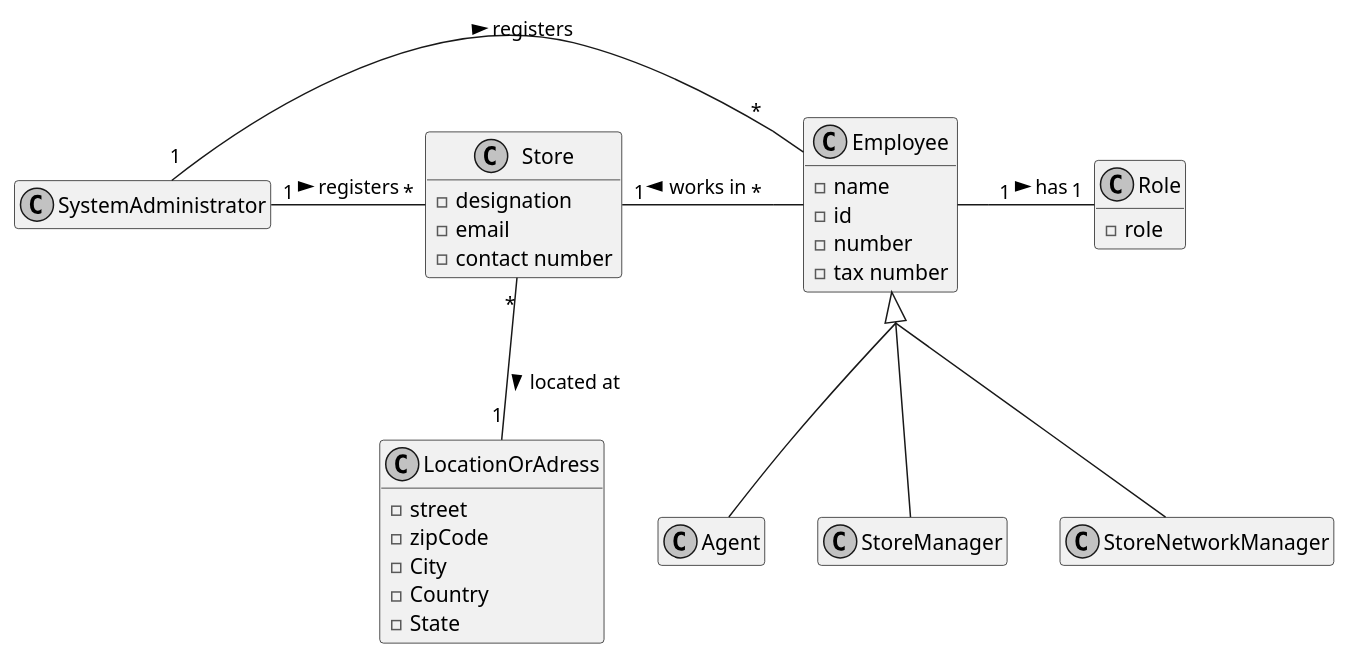
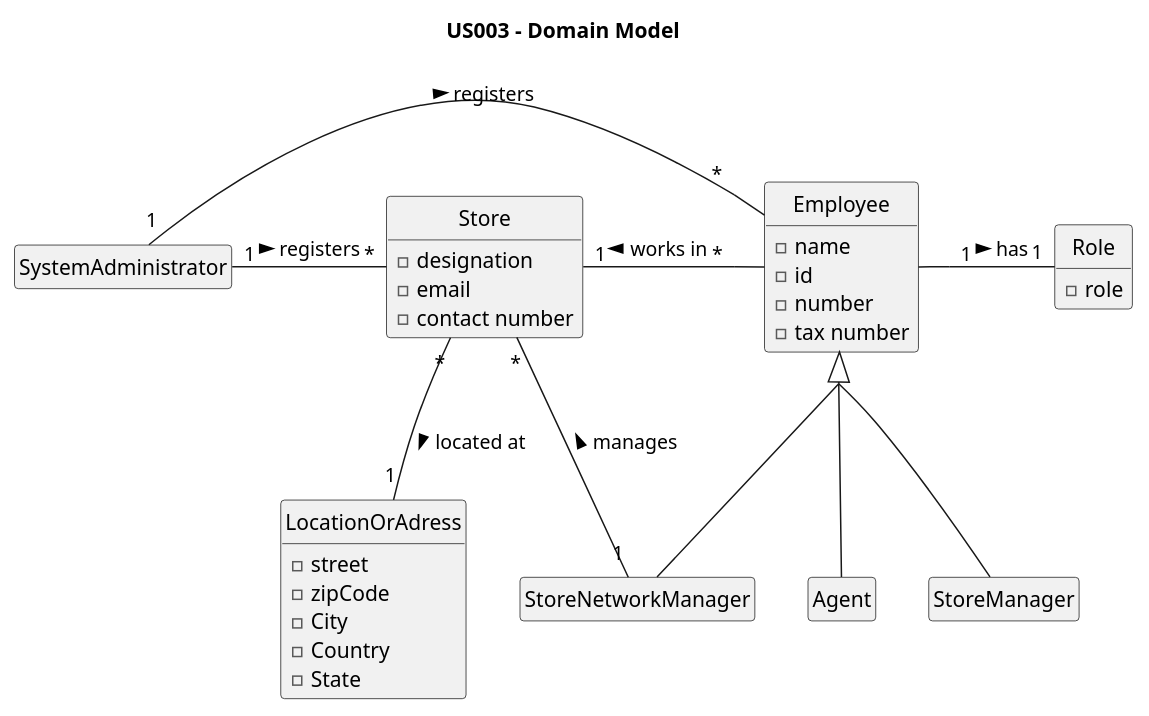
The diagram in docs/sprintA/US03/02.analysis/puml/us03-domain-model.puml (PureNimble/ISEP-LAPR2), drawn with PlantUML before and after one commit. The commit also changed 3 other files, not shown here.

Commit message:
Update SSD US03.puml 01.requirements-engineering Update domain model US03.puml 02.analysis Update Readme.md of the 01.requirements-engineering and 02.analysis

```diff
--- a/docs/sprintA/US03/02.analysis/puml/us03-domain-model.puml
+++ b/docs/sprintA/US03/02.analysis/puml/us03-domain-model.puml
@@ -1,74 +1,77 @@
 @startuml
 'https://plantuml.com/class-diagram
+
+title US003 - Domain Model
 
 skinparam monochrome true
 skinparam packageStyle rectangle
 skinparam shadowing false
 hide empty members
 skinparam groupInheritance 3
+hide circle
 
 class SystemAdministrator
 
 class Employee
 
 class Role
 
 class SystemAdministrator
 
 class Agent
 
 class StoreManager
 
 class StoreNetworkManager
 
 class Store
 
 class LocationOrAdress
 
 class Role{
 -role
 }
 
 class Store{
 -designation
 -email
 -contact number
 }
 
 class LocationOrAdress{
 -street
 -zipCode
 -City
 -Country
 -State
 }
 
 class SystemAdministrator{
 }
 
 class Employee{
 -name
 -id
 -number
 -tax number
 }
 
 SystemAdministrator "1" - "*" Store : registers >
 
 Store "*" -- "1" LocationOrAdress : located at >
 
 Store "1" - "*" Employee : works in <
 
 SystemAdministrator "1" - "*" Employee : registers >
 
 Employee "1" - "1" Role : has >
 
 Employee <|--  StoreNetworkManager
 
 Employee <|--  StoreManager
 
 Employee <|-- Agent
 
-
+StoreNetworkManager "1" - "*" Store : manages >
 
 @enduml
```
